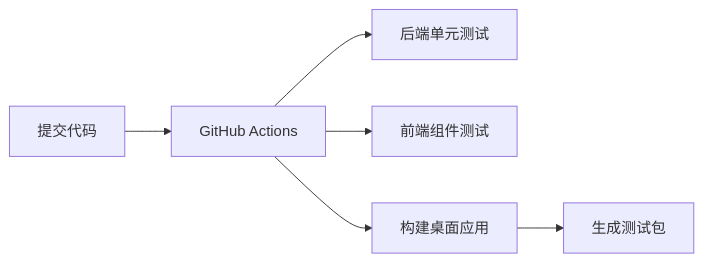
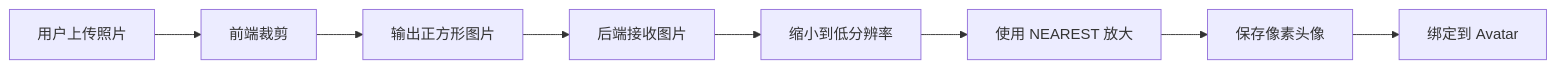
Before and after one commit to Mingjiexiaojiu/MultiYou: the third of 3 diagrams in Design/Phase2_进阶版_设计文档.md, drawn with Mermaid. The commit also changed other lines of this file and 16 other files, not shown here.

````diff
--- a/Design/Phase2_进阶版_设计文档.md
+++ b/Design/Phase2_进阶版_设计文档.md
@@ -470,8 +107,10 @@
 ```mermaid
 flowchart LR
-    A[提交代码] --> B[GitHub Actions]
-    B --> C[后端单元测试]
-    B --> D[前端组件测试]
-    B --> E[构建桌面应用]
-    E --> F[生成测试包]
+    A[用户上传照片] --> B[前端裁剪]
+    B --> C[输出正方形图片]
+    C --> D[后端接收图片]
+    D --> E[缩小到低分辨率]
+    E --> F[使用 NEAREST 放大]
+    F --> G[保存像素头像]
+    G --> H[绑定到 Avatar]
 ```
````
